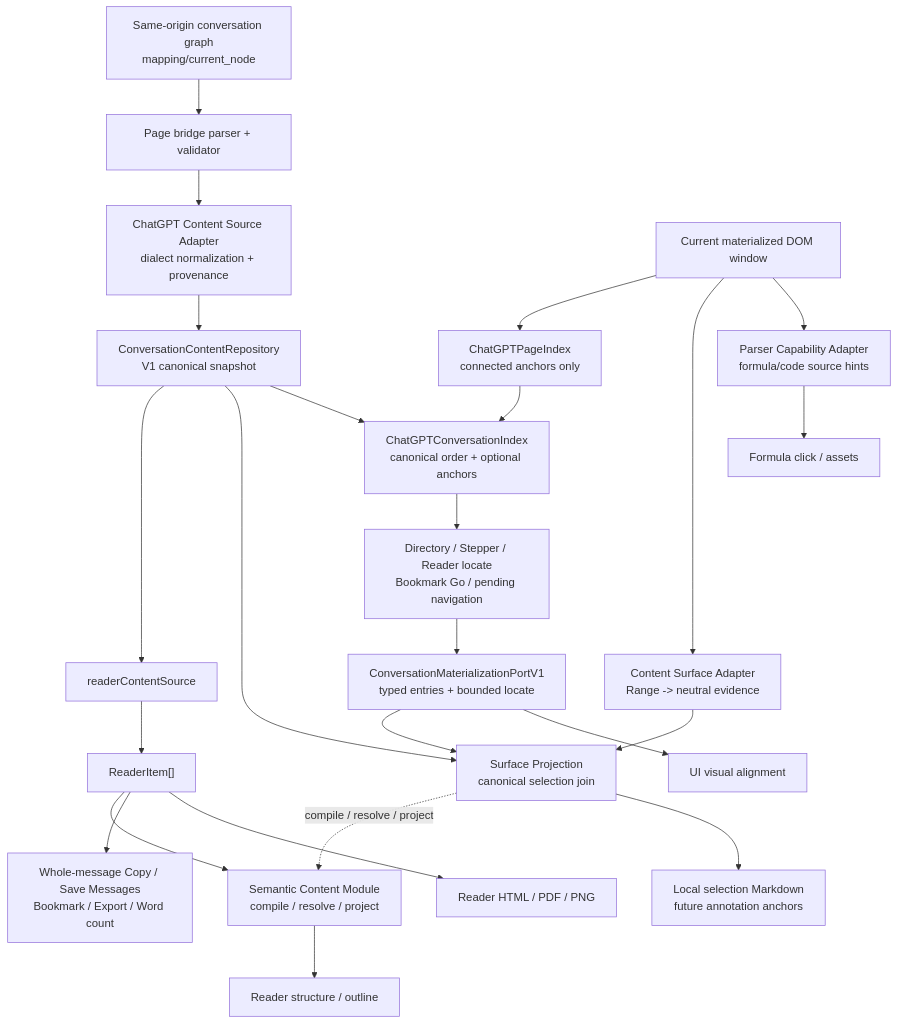
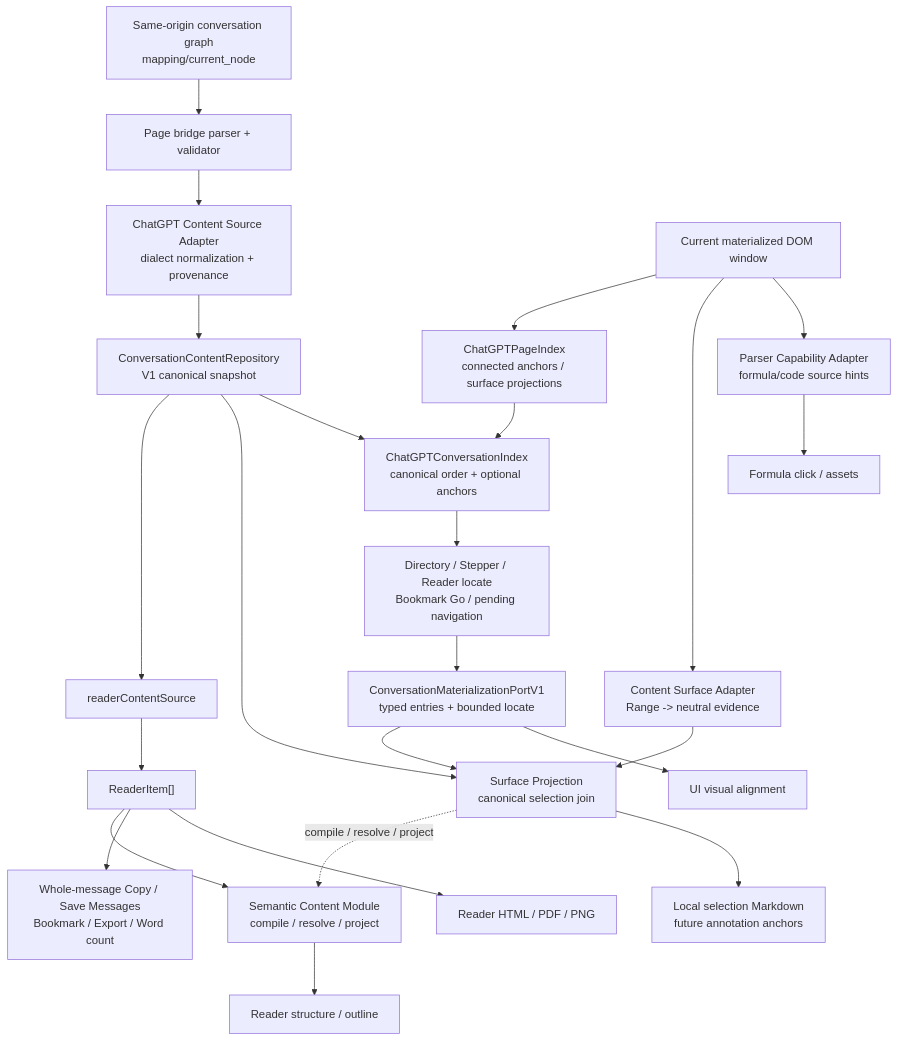
Before and after one commit to zhaoliangbin42/AI-MarkDone: the diagram in docs/architecture/CURRENT_STATE.md, drawn with Mermaid. The commit also changed other lines of this file and 14 other files, not shown here.

````diff
--- a/docs/architecture/CURRENT_STATE.md
+++ b/docs/architecture/CURRENT_STATE.md
@@ -172,47 +172,47 @@
 ```mermaid
 flowchart TD
     Graph["Same-origin conversation graph<br/>mapping/current_node"]
     Bridge["Page bridge parser + validator"]
     Adapter["ChatGPT Content Source Adapter<br/>dialect normalization + provenance"]
     Repository["ConversationContentRepository<br/>V1 canonical snapshot"]
     Semantic["Semantic Content Module<br/>compile / resolve / project"]
     ReaderSource["readerContentSource"]
     ReaderItems["ReaderItem[]"]
     BodyConsumers["Whole-message Copy / Save Messages<br/>Bookmark / Export / Word count"]
     StructureConsumers["Reader structure / outline"]
     RenderConsumers["Reader HTML / PDF / PNG"]
     DOM["Current materialized DOM window"]
-    PageIndex["ChatGPTPageIndex<br/>connected anchors only"]
+    PageIndex["ChatGPTPageIndex<br/>connected anchors / surface projections"]
     SurfaceAdapter["Content Surface Adapter<br/>Range -> neutral evidence"]
     SurfaceProjection["Surface Projection<br/>canonical selection join"]
     ParserAdapter["Parser Capability Adapter<br/>formula/code source hints"]
     FormulaConsumers["Formula click / assets"]
     SelectionConsumers["Local selection Markdown<br/>future annotation anchors"]
     ConversationIndex["ChatGPTConversationIndex<br/>canonical order + optional anchors"]
     NavigationConsumers["Directory / Stepper / Reader locate<br/>Bookmark Go / pending navigation"]
     Materialization["ConversationMaterializationPortV1<br/>typed entries + bounded locate"]
     Alignment["UI visual alignment"]
 
     Graph --> Bridge
     Bridge --> Adapter
     Adapter --> Repository
     Repository --> ReaderSource
     ReaderSource --> ReaderItems
     ReaderItems --> Semantic
     Semantic --> StructureConsumers
     ReaderItems --> BodyConsumers
     ReaderItems --> RenderConsumers
     DOM --> PageIndex
     DOM --> SurfaceAdapter
     SurfaceAdapter --> SurfaceProjection
     Repository --> SurfaceProjection
     Materialization --> SurfaceProjection
     SurfaceProjection -. "compile / resolve / project" .-> Semantic
     SurfaceProjection --> SelectionConsumers
     DOM --> ParserAdapter --> FormulaConsumers
     Repository --> ConversationIndex
     PageIndex --> ConversationIndex
     ConversationIndex --> NavigationConsumers
     NavigationConsumers --> Materialization
     Materialization --> Alignment
 ```
````
